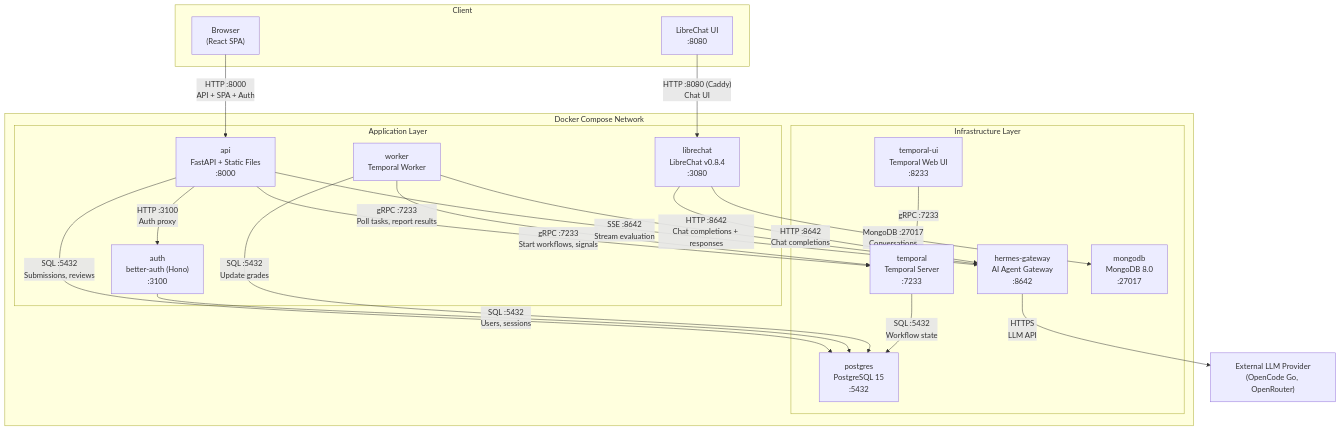
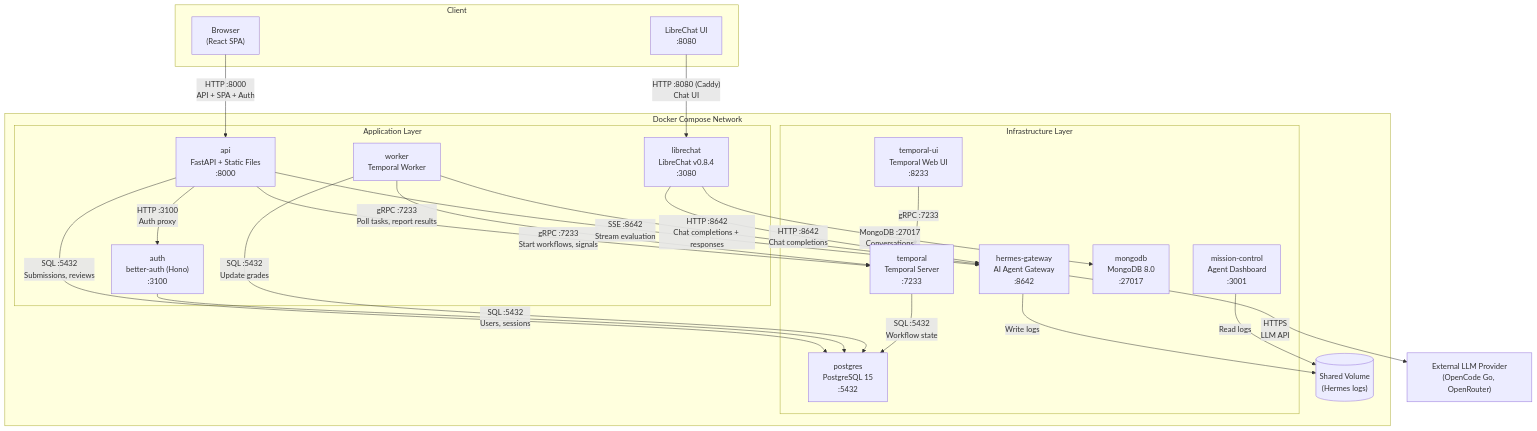
Before and after one commit to fierro-ltd/hermes-agent-solution-template: the first of 2 diagrams in README.md, drawn with Mermaid. The commit also changed other lines of this file and 4 other files, not shown here.

First line of the commit message:
docs: update all docs, README, and frontend for Mission Control (v0.15.0)

````diff
--- a/README.md
+++ b/README.md
@@ -7,46 +7,52 @@
 ```mermaid
 graph TB
     subgraph "Client"
         Browser["Browser<br/>(React SPA)"]
         LibreChat["LibreChat UI<br/>:8080"]
     end
 
     subgraph "Docker Compose Network"
         subgraph "Application Layer"
             API["api<br/>FastAPI + Static Files<br/>:8000"]
             Auth["auth<br/>better-auth (Hono)<br/>:3100"]
             Worker["worker<br/>Temporal Worker"]
             LC["librechat<br/>LibreChat v0.8.4<br/>:3080"]
         end
 
         subgraph "Infrastructure Layer"
             Temporal["temporal<br/>Temporal Server<br/>:7233"]
             TemporalUI["temporal-ui<br/>Temporal Web UI<br/>:8233"]
             Hermes["hermes-gateway<br/>AI Agent Gateway<br/>:8642"]
             Postgres["postgres<br/>PostgreSQL 15<br/>:5432"]
             MongoDB["mongodb<br/>MongoDB 8.0<br/>:27017"]
+            MC["mission-control<br/>Agent Dashboard<br/>:3001"]
         end
+
+        HermesVol[("Shared Volume<br/>(Hermes logs)")]
     end
 
     Browser -->|"HTTP :8000<br/>API + SPA + Auth"| API
     LibreChat -->|"HTTP :8080 (Caddy)<br/>Chat UI"| LC
     API -->|"HTTP :3100<br/>Auth proxy"| Auth
 
     API -->|"gRPC :7233<br/>Start workflows, signals"| Temporal
     API -->|"SQL :5432<br/>Submissions, reviews"| Postgres
     API -->|"SSE :8642<br/>Stream evaluation"| Hermes
 
     Auth -->|"SQL :5432<br/>Users, sessions"| Postgres
 
     Worker -->|"gRPC :7233<br/>Poll tasks, report results"| Temporal
     Worker -->|"HTTP :8642<br/>Chat completions + responses"| Hermes
     Worker -->|"SQL :5432<br/>Update grades"| Postgres
 
     Temporal -->|"SQL :5432<br/>Workflow state"| Postgres
     TemporalUI -->|"gRPC :7233"| Temporal
 
     LC -->|"HTTP :8642<br/>Chat completions"| Hermes
     LC -->|"MongoDB :27017<br/>Conversations"| MongoDB
 
     Hermes -->|"HTTPS<br/>LLM API"| LLM["External LLM Provider<br/>(OpenCode Go, OpenRouter)"]
+
+    Hermes -->|"Write logs"| HermesVol
+    MC -->|"Read logs"| HermesVol
 ```
````
